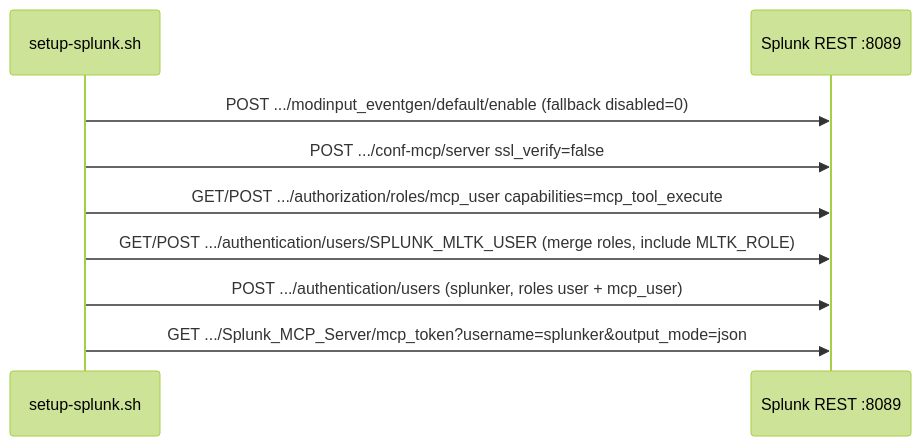
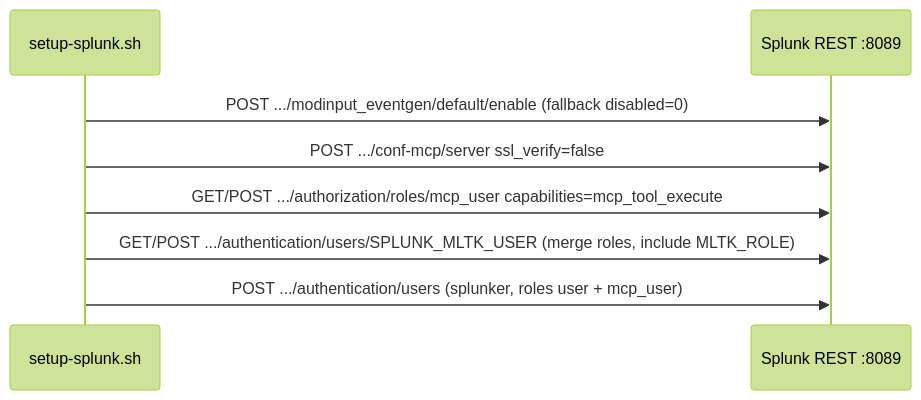
One commit to dd-Splunk/splunk-mcp changed the third of 3 diagrams in docs/SETUP_SPLUNK_SCRIPT.md. Above: the diagram before and after it, drawn with Mermaid (forest theme). The commit also changed other lines of this file and 27 other files, not shown here.

````diff
--- a/docs/SETUP_SPLUNK_SCRIPT.md
+++ b/docs/SETUP_SPLUNK_SCRIPT.md
@@ -99,11 +87,10 @@
 ```mermaid
 sequenceDiagram
   participant S as setup-splunk.sh
   participant API as Splunk REST :8089
   S->>API: POST .../modinput_eventgen/default/enable (fallback disabled=0)
   S->>API: POST .../conf-mcp/server ssl_verify=false
   S->>API: GET/POST .../authorization/roles/mcp_user capabilities=mcp_tool_execute
   S->>API: GET/POST .../authentication/users/SPLUNK_MLTK_USER (merge roles, include MLTK_ROLE)
   S->>API: POST .../authentication/users (splunker, roles user + mcp_user)
-  S->>API: GET .../Splunk_MCP_Server/mcp_token?username=splunker&output_mode=json
 ```
````
